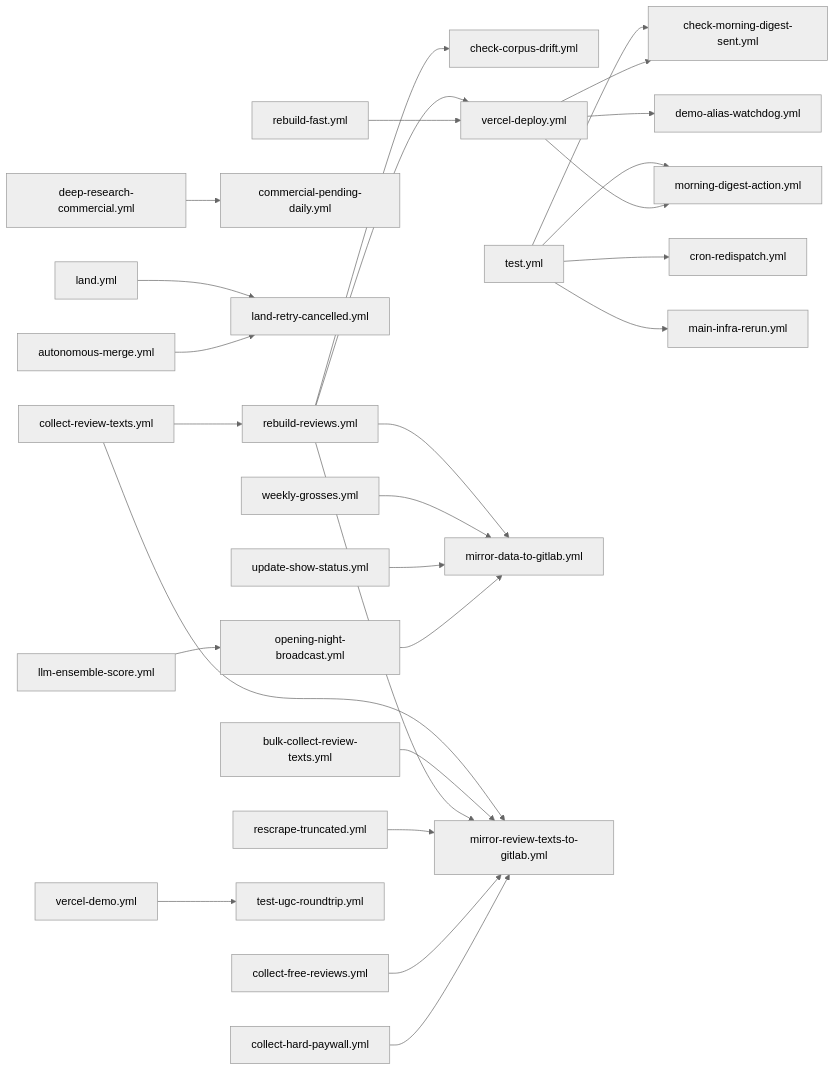
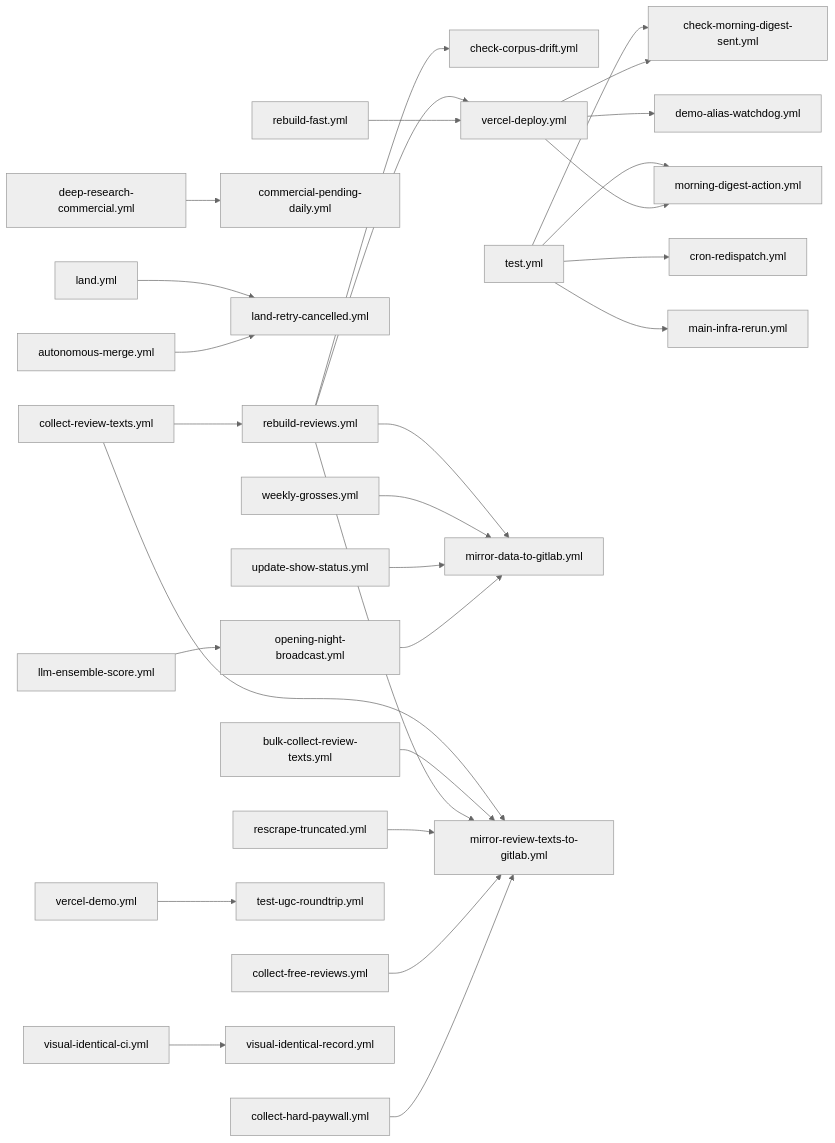
One commit to thomaspryor/Broadwayscore changed the diagram in .github/workflows/DEPENDENCIES.md. Above: the diagram before and after it, drawn with Mermaid (neutral theme). The commit also changed other lines of this file and 2 other files, not shown here.

````diff
--- a/.github/workflows/DEPENDENCIES.md
+++ b/.github/workflows/DEPENDENCIES.md
@@ -21,29 +21,30 @@
 ```mermaid
 graph LR
   rebuild_reviews["rebuild-reviews.yml"] --> check_corpus_drift["check-corpus-drift.yml"]
   test["test.yml"] --> check_morning_digest_sent["check-morning-digest-sent.yml"]
   vercel_deploy["vercel-deploy.yml"] --> check_morning_digest_sent["check-morning-digest-sent.yml"]
   deep_research_commercial["deep-research-commercial.yml"] --> commercial_pending_daily["commercial-pending-daily.yml"]
   test["test.yml"] --> cron_redispatch["cron-redispatch.yml"]
   vercel_deploy["vercel-deploy.yml"] --> demo_alias_watchdog["demo-alias-watchdog.yml"]
   land["land.yml"] --> land_retry_cancelled["land-retry-cancelled.yml"]
   autonomous_merge["autonomous-merge.yml"] --> land_retry_cancelled["land-retry-cancelled.yml"]
   test["test.yml"] --> main_infra_rerun["main-infra-rerun.yml"]
   rebuild_reviews["rebuild-reviews.yml"] --> mirror_data_to_gitlab["mirror-data-to-gitlab.yml"]
   weekly_grosses["weekly-grosses.yml"] --> mirror_data_to_gitlab["mirror-data-to-gitlab.yml"]
   update_show_status["update-show-status.yml"] --> mirror_data_to_gitlab["mirror-data-to-gitlab.yml"]
   opening_night_broadcast["opening-night-broadcast.yml"] --> mirror_data_to_gitlab["mirror-data-to-gitlab.yml"]
   collect_review_texts["collect-review-texts.yml"] --> mirror_review_texts_to_gitlab["mirror-review-texts-to-gitlab.yml"]
   bulk_collect_review_texts["bulk-collect-review-texts.yml"] --> mirror_review_texts_to_gitlab["mirror-review-texts-to-gitlab.yml"]
   rebuild_reviews["rebuild-reviews.yml"] --> mirror_review_texts_to_gitlab["mirror-review-texts-to-gitlab.yml"]
   rescrape_truncated["rescrape-truncated.yml"] --> mirror_review_texts_to_gitlab["mirror-review-texts-to-gitlab.yml"]
   collect_free_reviews["collect-free-reviews.yml"] --> mirror_review_texts_to_gitlab["mirror-review-texts-to-gitlab.yml"]
   collect_hard_paywall["collect-hard-paywall.yml"] --> mirror_review_texts_to_gitlab["mirror-review-texts-to-gitlab.yml"]
   test["test.yml"] --> morning_digest_action["morning-digest-action.yml"]
   vercel_deploy["vercel-deploy.yml"] --> morning_digest_action["morning-digest-action.yml"]
   llm_ensemble_score["llm-ensemble-score.yml"] --> opening_night_broadcast["opening-night-broadcast.yml"]
   collect_review_texts["collect-review-texts.yml"] --> rebuild_reviews["rebuild-reviews.yml"]
   vercel_demo["vercel-demo.yml"] --> test_ugc_roundtrip["test-ugc-roundtrip.yml"]
   rebuild_reviews["rebuild-reviews.yml"] --> vercel_deploy["vercel-deploy.yml"]
   rebuild_fast["rebuild-fast.yml"] --> vercel_deploy["vercel-deploy.yml"]
+  visual_identical_ci["visual-identical-ci.yml"] --> visual_identical_record["visual-identical-record.yml"]
 ```
````
